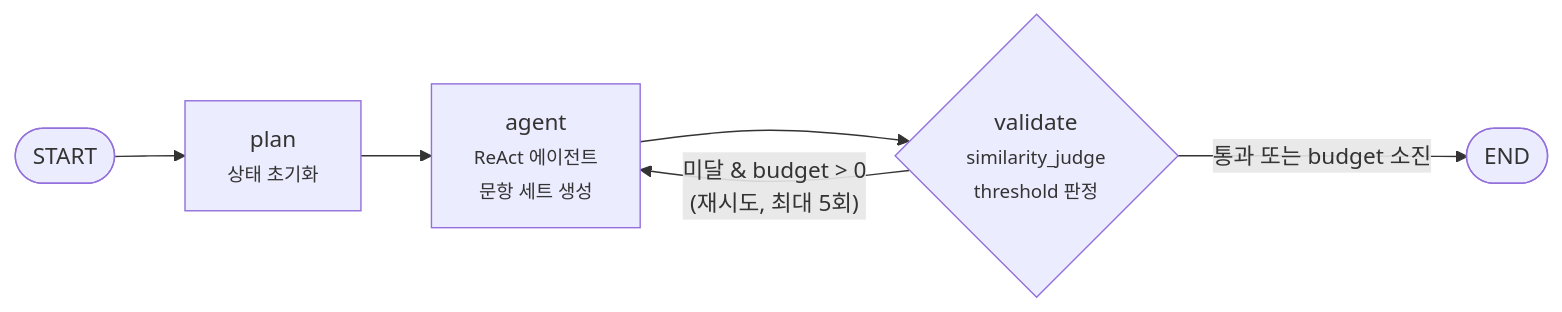
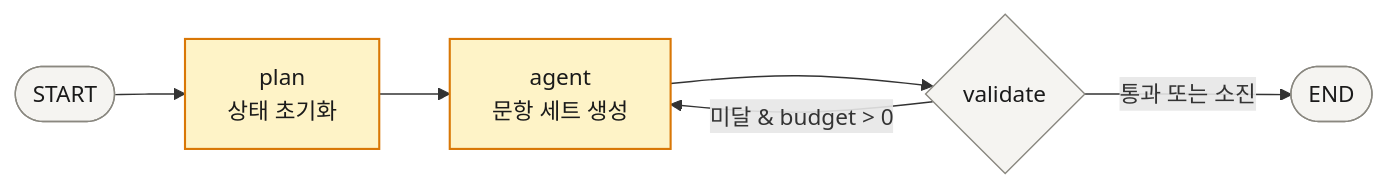
One commit to MachuEngine/bunpil changed the third of 4 diagrams in README.md. Above: the diagram before and after it, drawn with Mermaid. The commit also changed other lines of this file, not shown here.

First line of the commit message:
docs: README Mermaid 다이어그램 텍스트 잘림 수정 + 색상·레이아웃 정리

````diff
--- a/README.md
+++ b/README.md
@@ -81,8 +88,18 @@
 ```mermaid
 flowchart LR
-    START(["START"]) --> plan["plan<br/><small>상태 초기화</small>"]
-    plan --> agent["agent<br/><small>ReAct 에이전트<br/>문항 세트 생성</small>"]
-    agent --> validate{"validate<br/><small>similarity_judge<br/>threshold 판정</small>"}
-    validate -- "미달 & budget > 0<br/>(재시도, 최대 5회)" --> agent
-    validate -- "통과 또는 budget 소진" --> END(["END"])
+    START(["START"])
+    plan["plan<br/>상태 초기화"]
+    agent["agent<br/>문항 세트 생성"]
+    validate{"validate"}
+    END(["END"])
+
+    START --> plan --> agent --> validate
+    validate -- "미달 & budget > 0" --> agent
+    validate -- "통과 또는 소진" --> END
+
+    class START,END,validate neutral
+    class plan,agent exam
+
+    classDef neutral fill:#F5F4F1,stroke:#8A8880,stroke-width:1px,color:#1A1A1A
+    classDef exam fill:#FEF3C7,stroke:#D97706,stroke-width:1.5px,color:#1A1A1A
 ```
````
